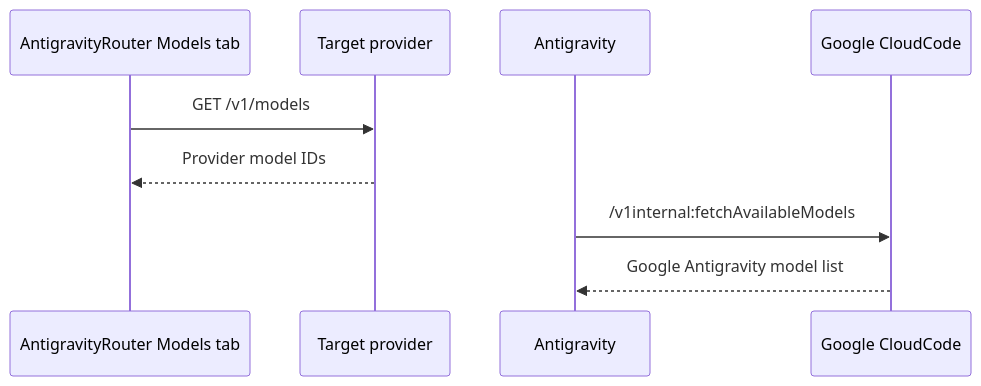
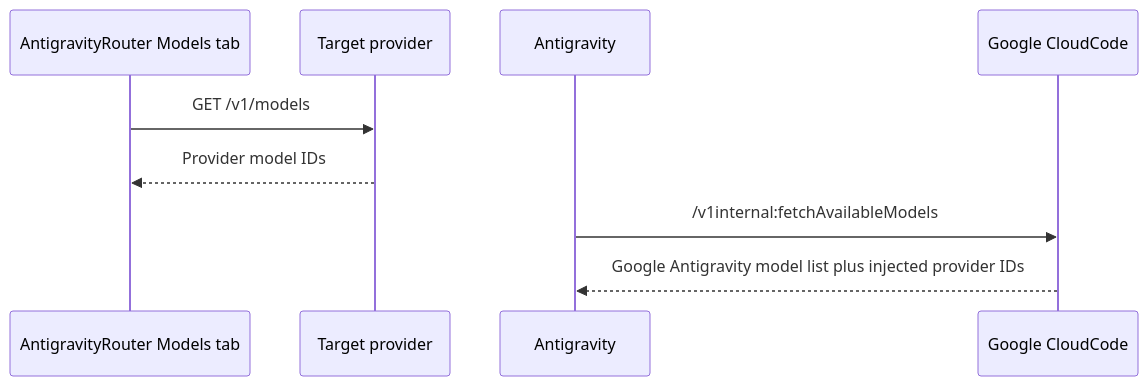
The third of 3 diagrams in README.md (zsecducna/AntigravityRouter), drawn with Mermaid before and after one commit. The commit also changed other lines of this file and 17 other files, not shown here.

First line of the commit message:
Route only injected provider models

````diff
--- a/README.md
+++ b/README.md
@@ -148,12 +134,12 @@
 ```mermaid
 sequenceDiagram
     participant UI as AntigravityRouter Models tab
     participant Provider as Target provider
     participant AG as Antigravity
     participant Google as Google CloudCode
 
     UI->>Provider: GET /v1/models
     Provider-->>UI: Provider model IDs
     AG->>Google: /v1internal:fetchAvailableModels
-    Google-->>AG: Google Antigravity model list
+    Google-->>AG: Google Antigravity model list plus injected provider IDs
 ```
````
